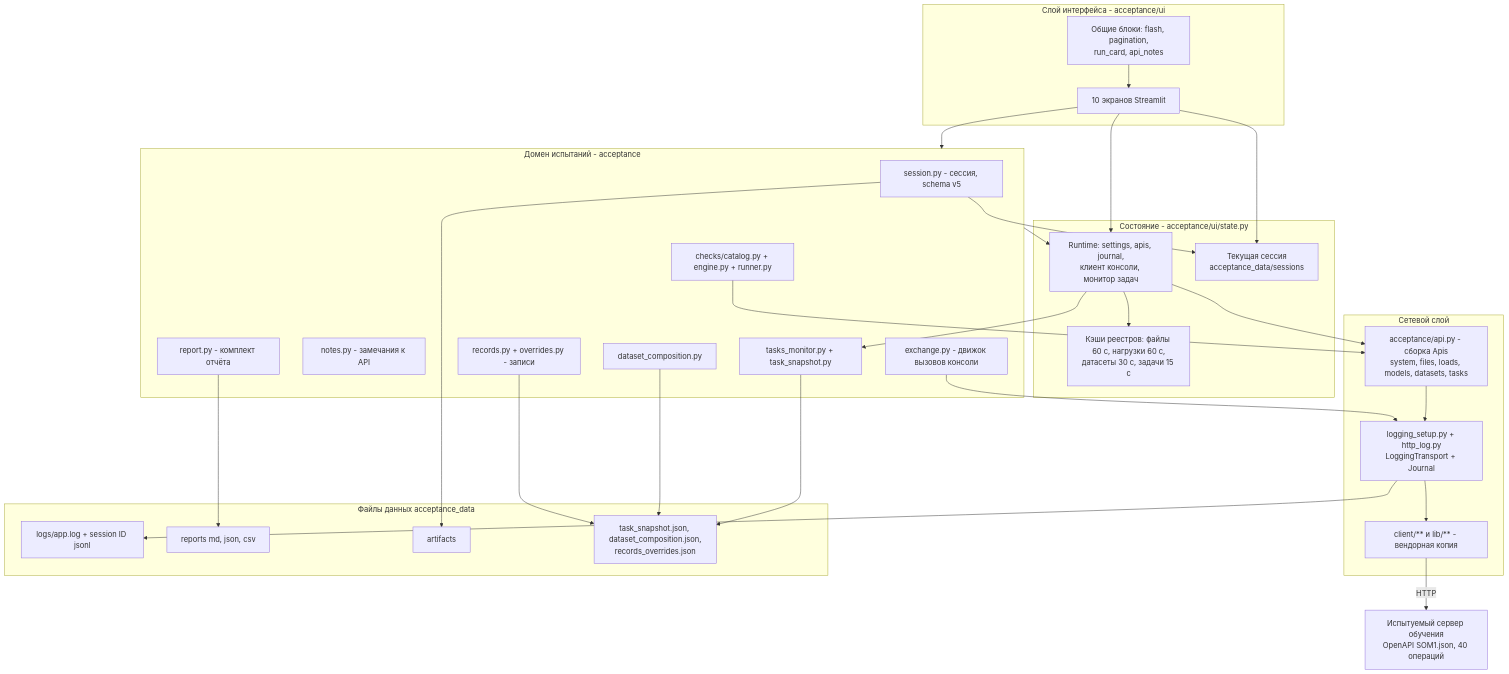
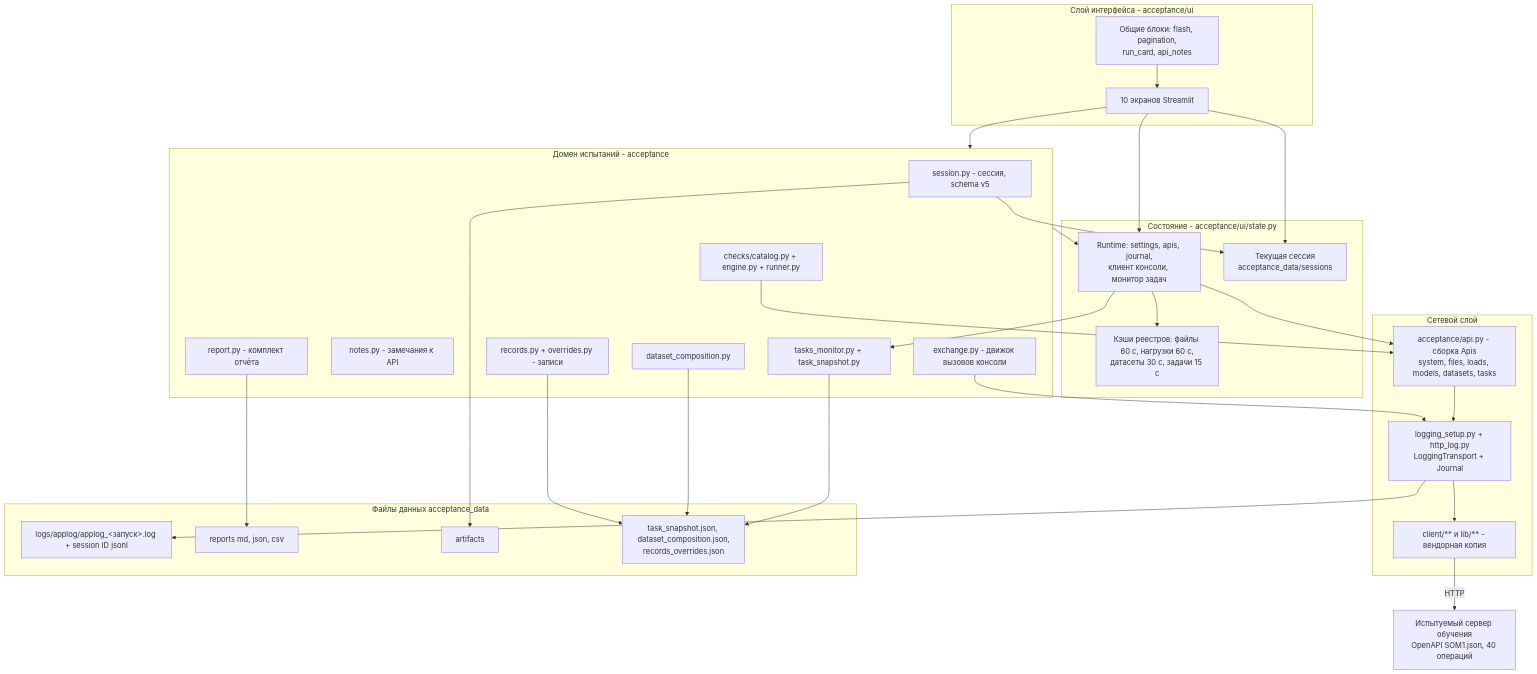
The first of 10 diagrams in docs/12. Руководство пользователя пульта испытаний (функционал и правила).md (kiselevsl77-dot/TrainingServerAcceptance), drawn with Mermaid before and after one commit. The commit also changed other lines of this file and 63 other files, not shown here.

````diff
--- a/docs/12. Руководство пользователя пульта испытаний (функционал и правила).md
+++ b/docs/12. Руководство пользователя пульта испытаний (функционал и правила).md
@@ -190,60 +250,60 @@
 ```mermaid
 flowchart TD
     subgraph UI["Слой интерфейса - acceptance/ui"]
         PAGES["10 экранов Streamlit"]
         COMMON["Общие блоки: flash, pagination,<br/>run_card, api_notes"]
     end
 
     subgraph STATE["Состояние - acceptance/ui/state.py"]
         RT["Runtime: settings, apis, journal,<br/>клиент консоли, монитор задач"]
         CS["Текущая сессия<br/>acceptance_data/sessions"]
         CACHE["Кэши реестров: файлы 60 с, нагрузки 60 с,<br/>датасеты 30 с, задачи 15 с"]
     end
 
     subgraph DOMAIN["Домен испытаний - acceptance"]
         SESS["session.py - сессия, schema v5"]
         RECS["records.py + overrides.py - записи"]
         NOTES["notes.py - замечания к API"]
         REP["report.py - комплект отчёта"]
         EXCH["exchange.py - движок вызовов консоли"]
         MON["tasks_monitor.py + task_snapshot.py"]
         COMP["dataset_composition.py"]
         CHK["checks/catalog.py + engine.py + runner.py"]
     end
 
     subgraph NET["Сетевой слой"]
         API["acceptance/api.py - сборка Apis<br/>system, files, loads, models, datasets, tasks"]
         LOGT["logging_setup.py + http_log.py<br/>LoggingTransport + Journal"]
         VENDOR["client/** и lib/** - вендорная копия"]
     end
 
     subgraph STORE["Файлы данных acceptance_data"]
-        S_LOG["logs/app.log + session ID jsonl"]
+        S_LOG["logs/applog/applog_<запуск>.log + session ID jsonl"]
         S_REP["reports md, json, csv"]
         S_ART["artifacts"]
         S_SIDE["task_snapshot.json, dataset_composition.json,<br/>records_overrides.json"]
     end
 
     SRV["Испытуемый сервер обучения<br/>OpenAPI SOM1.json, 40 операций"]
 
     PAGES --> RT
     PAGES --> CS
     COMMON --> PAGES
     RT --> CACHE
     RT --> API
     RT --> MON
     PAGES --> DOMAIN
     DOMAIN --> RT
     API --> LOGT
     LOGT --> VENDOR
     VENDOR -->|HTTP| SRV
     LOGT --> S_LOG
     SESS --> CS
     REP --> S_REP
     SESS --> S_ART
     MON --> S_SIDE
     COMP --> S_SIDE
     RECS --> S_SIDE
     EXCH --> LOGT
     CHK --> API
 ```
````
